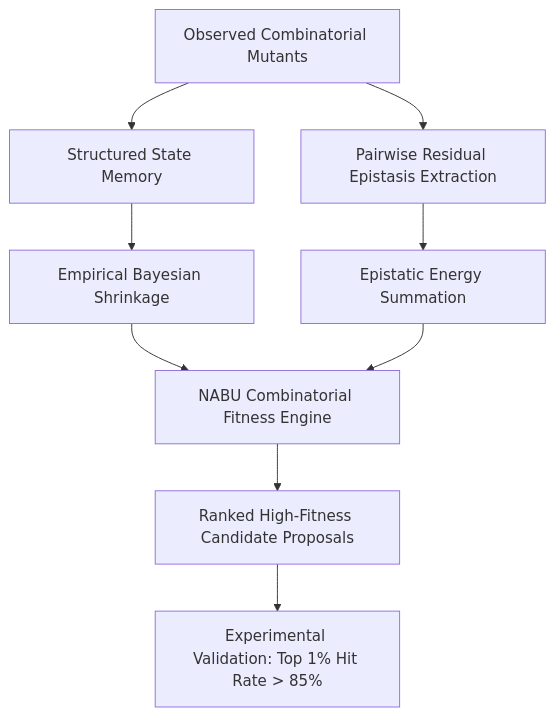
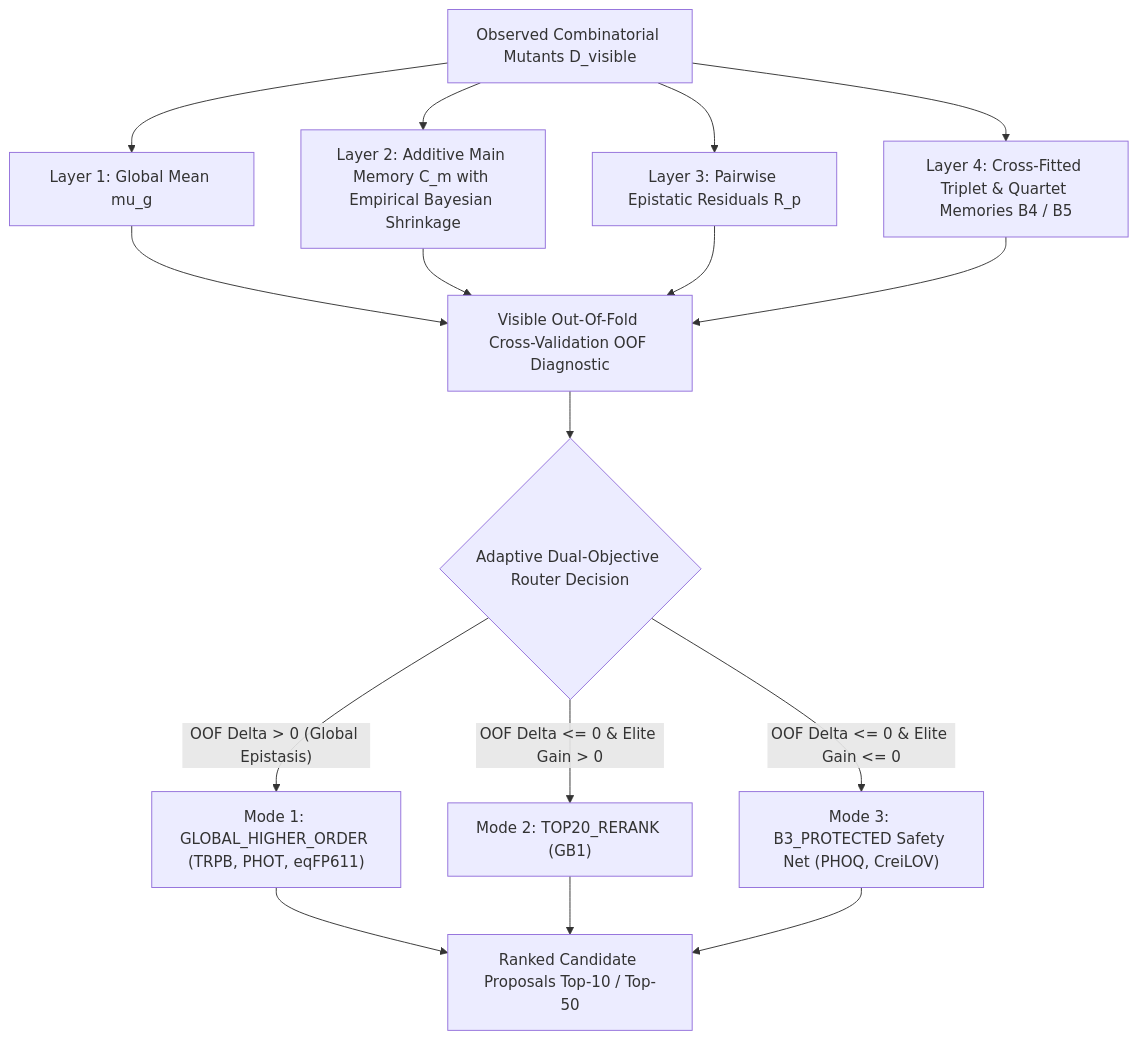
One commit to Aliw02/nabu-protein-design changed the diagram in README.md. Above: the diagram before and after it, drawn with Mermaid. The commit also changed other lines of this file and 3 other files, not shown here.

Commit message:
docs: update documentation to NABU V8.3 architecture, unified 6-landscape benchmarks, and sealed test results

````diff
--- a/README.md
+++ b/README.md
@@ -21,11 +23,21 @@
 ```mermaid
-graph TD
-    A[Observed Combinatorial Mutants] --> B[Structured State Memory]
-    B --> C[Empirical Bayesian Shrinkage]
-    A --> D[Pairwise Residual Epistasis Extraction]
-    D --> E[Epistatic Energy Summation]
-    C --> F[NABU Combinatorial Fitness Engine]
+flowchart TD
+    A[Observed Combinatorial Mutants D_visible] --> B[Layer 1: Global Mean mu_g]
+    A --> C[Layer 2: Additive Main Memory C_m with Empirical Bayesian Shrinkage]
+    A --> D[Layer 3: Pairwise Epistatic Residuals R_p]
+    A --> E[Layer 4: Cross-Fitted Triplet & Quartet Memories B4 / B5]
+    
+    B --> F[Visible Out-Of-Fold Cross-Validation OOF Diagnostic]
+    C --> F
+    D --> F
     E --> F
-    F --> G[Ranked High-Fitness Candidate Proposals]
-    G --> H[Experimental Validation: Top 1% Hit Rate > 85%]
+    
+    F --> G{Adaptive Dual-Objective Router Decision}
+    G -- "OOF Delta > 0 (Global Epistasis)" --> H["Mode 1: GLOBAL_HIGHER_ORDER (TRPB, PHOT, eqFP611)"]
+    G -- "OOF Delta <= 0 & Elite Gain > 0" --> I["Mode 2: TOP20_RERANK (GB1)"]
+    G -- "OOF Delta <= 0 & Elite Gain <= 0" --> J["Mode 3: B3_PROTECTED Safety Net (PHOQ, CreiLOV)"]
+    
+    H --> K[Ranked Candidate Proposals Top-10 / Top-50]
+    I --> K
+    J --> K
 ```
````
